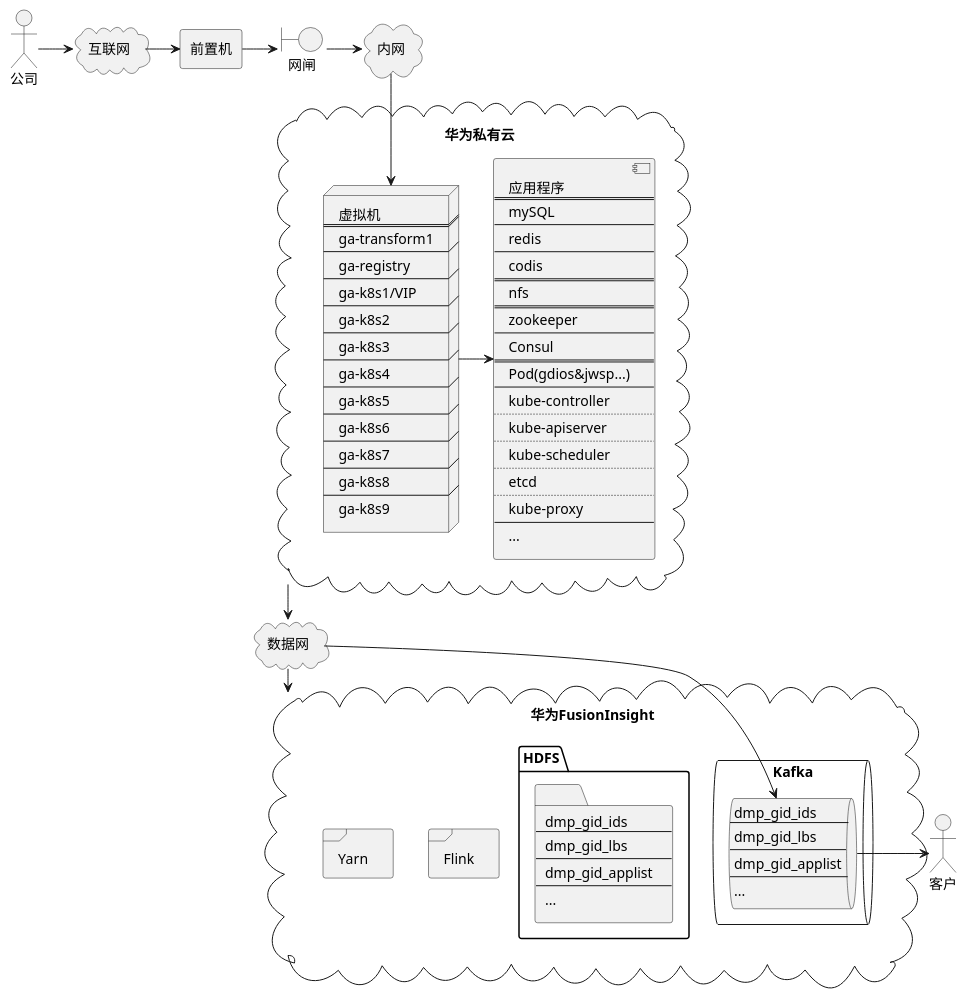
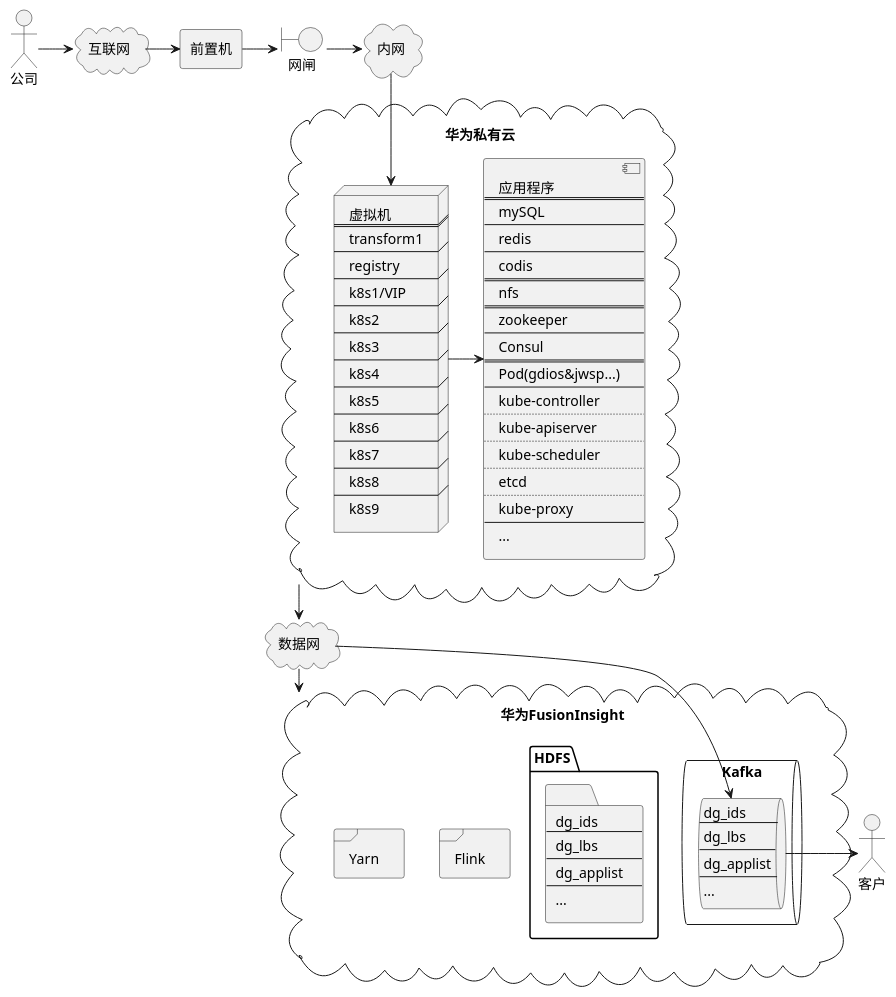
Before and after one commit to igamenine/study: the diagram in other/系统部署图20231208.wsd, drawn with PlantUML. The commit also changed 6 other files, not shown here.

```diff
--- a/other/系统部署图20231208.wsd
+++ b/other/系统部署图20231208.wsd
@@ -1,107 +1,107 @@
 @startuml
 actor ops as "公司"
 actor User as "客户"
 agent Front as "前置机"
 cloud Internet as "互联网"
 cloud Intranet as "内网"
 cloud DataIntranet as "数据网"
 cloud HuaweiCloud as "华为私有云" {
   node Server[
     虚拟机
     ====
-    ga-transform1
+    transform1
     ----
-    ga-registry
+    registry
     ----
-    ga-k8s1/VIP
+    k8s1/VIP
     ----
-    ga-k8s2
+    k8s2
     ----
-    ga-k8s3
+    k8s3
     ----
-    ga-k8s4
+    k8s4
     ----
-    ga-k8s5
+    k8s5
     ----
-    ga-k8s6
+    k8s6
     ----
-    ga-k8s7
+    k8s7
     ----
-    ga-k8s8
+    k8s8
     ----
-    ga-k8s9
+    k8s9
   ]
   component Kubernetes[
     应用程序
     ====
     mySQL
     ----
     redis
     ----
     codis
     ====
     nfs
     ====
     zookeeper
     ----
     Consul
     ====
     Pod(gdios&jwsp...)
     ----
     kube-controller
     ....
     kube-apiserver
     ....
     kube-scheduler
     ....
     etcd
     ....
     kube-proxy
     ----
     ...
   ]
 }
 boundary Gateway[
   网闸
 ]
 cloud FusionInsight as "华为FusionInsight" {
   queue Kafka {
   queue kafka[
-    dmp_gid_ids
+    dg_ids
     ---
-    dmp_gid_lbs
+    dg_lbs
     ---
-    dmp_gid_applist
+    dg_applist
     ---
     ...
   ]
 }
 folder HDFS {
   folder DMP[
-    dmp_gid_ids
+    dg_ids
     ---
-    dmp_gid_lbs
+    dg_lbs
     ---
-    dmp_gid_applist
+    dg_applist
     ---
     ...
   ]
 }
   frame Flink[
     Flink
   ]
   frame Yarn[
     Yarn
   ]
 }
 ops -> Internet
 Internet -> Front
 Front -> Gateway
 Gateway -> Intranet
 Intranet --> Server
 Server -> Kubernetes
 HuaweiCloud --> DataIntranet
 DataIntranet --> FusionInsight
 DataIntranet --> kafka
 kafka -> User
 @enduml
```
